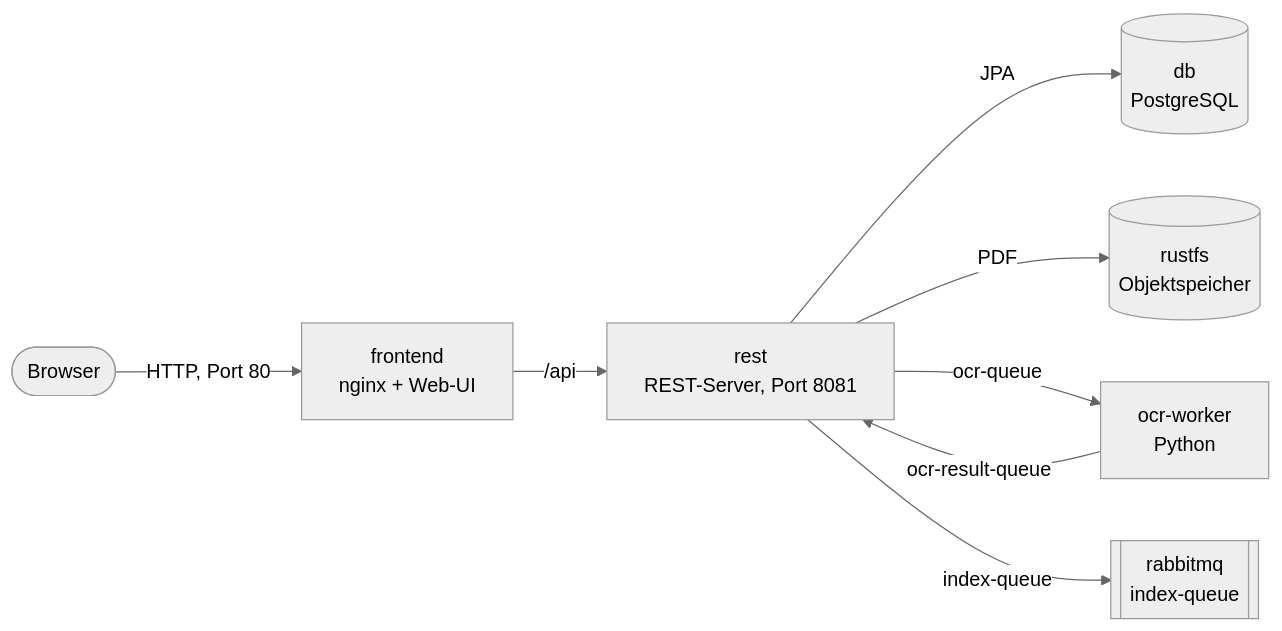
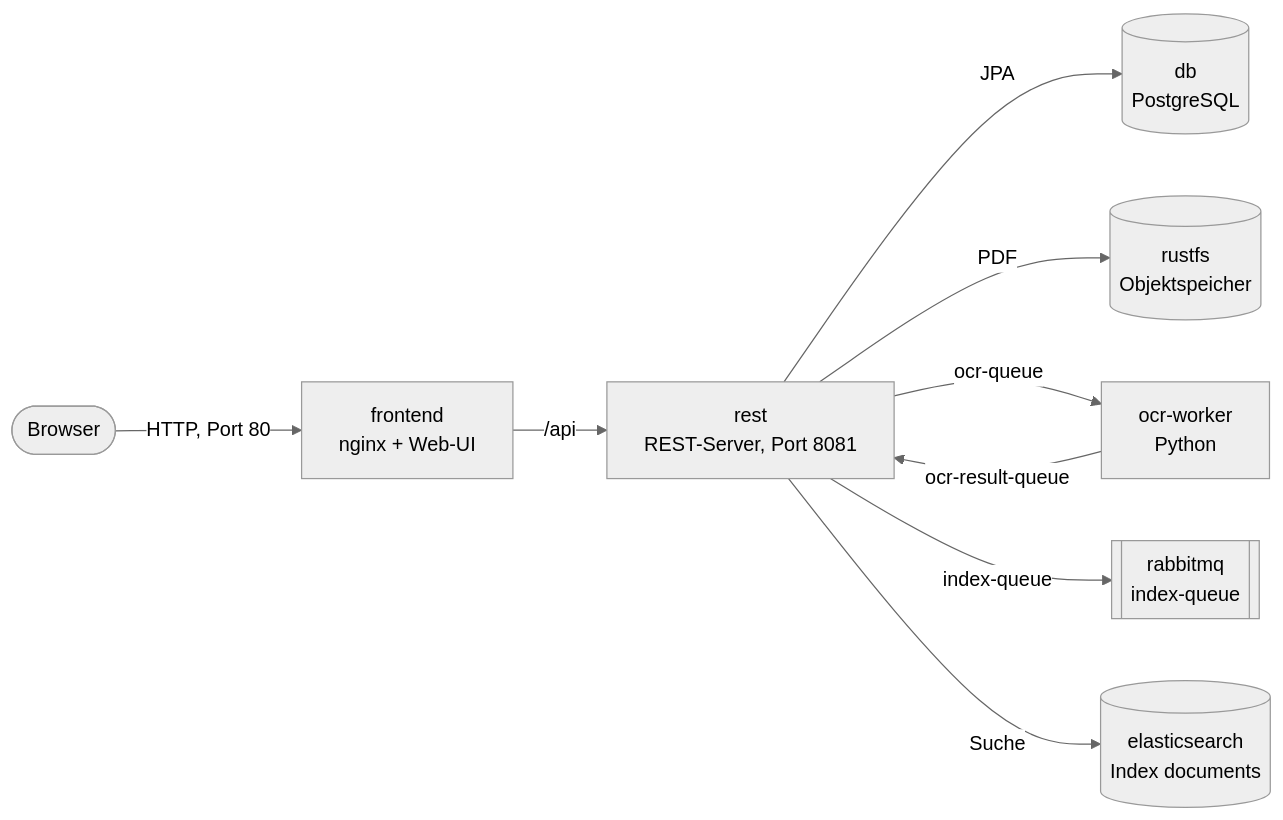
The diagram in README.md (PrawdaMax/DocumentManagementSystem), drawn with Mermaid (neutral theme) before and after one commit. The commit also changed other lines of this file and 17 other files, not shown here.

````diff
--- a/README.md
+++ b/README.md
@@ -15,10 +15,11 @@
 ```mermaid
 flowchart LR
     browser([Browser]) -->|HTTP, Port 80| frontend["frontend<br/>nginx + Web-UI"]
     frontend -->|/api| rest["rest<br/>REST-Server, Port 8081"]
     rest -->|JPA| db[("db<br/>PostgreSQL")]
     rest -->|PDF| rustfs[("rustfs<br/>Objektspeicher")]
     rest -->|ocr-queue| worker["ocr-worker<br/>Python"]
     worker -->|ocr-result-queue| rest
     rest -->|index-queue| index[["rabbitmq<br/>index-queue"]]
+    rest -->|Suche| es[("elasticsearch<br/>Index documents")]
 ```
````
